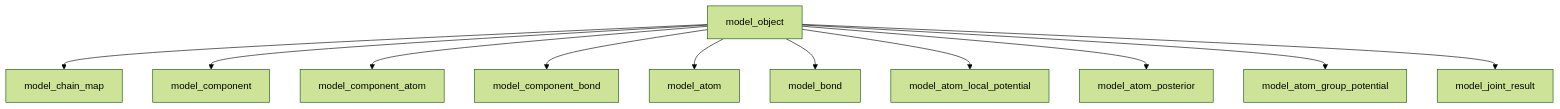
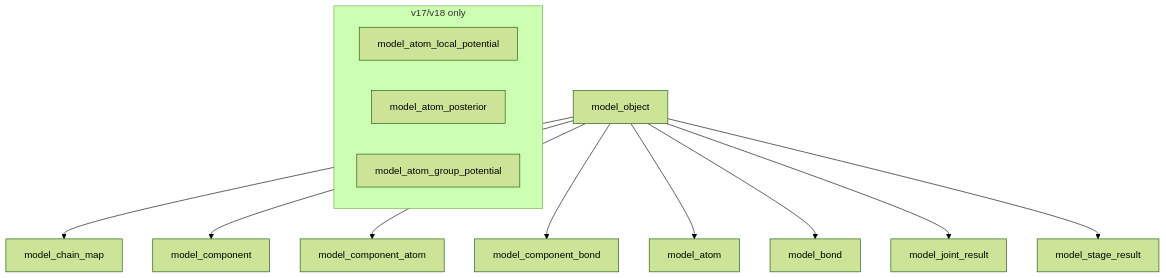
The diagram in docs/developer/architecture/dataobject-io-architecture.md (yslianTim/rhbm_gem), drawn with Mermaid (forest theme) before and after one commit. The commit also changed other lines of this file and 15 other files, not shown here.

````diff
--- a/docs/developer/architecture/dataobject-io-architecture.md
+++ b/docs/developer/architecture/dataobject-io-architecture.md
@@ -98,14 +103,17 @@
 ```mermaid
 flowchart TD
     M[model_object]
     M --> C[model_chain_map]
     M --> CC[model_component]
     M --> CA[model_component_atom]
     M --> CB[model_component_bond]
     M --> A[model_atom]
     M --> B[model_bond]
-    M --> AL[model_atom_local_potential]
-    M --> AP[model_atom_posterior]
-    M --> AG[model_atom_group_potential]
     M --> J[model_joint_result]
+    M --> S[model_stage_result]
+    subgraph legacy [v17/v18 only]
+        AL[model_atom_local_potential]
+        AP[model_atom_posterior]
+        AG[model_atom_group_potential]
+    end
 ```
````
